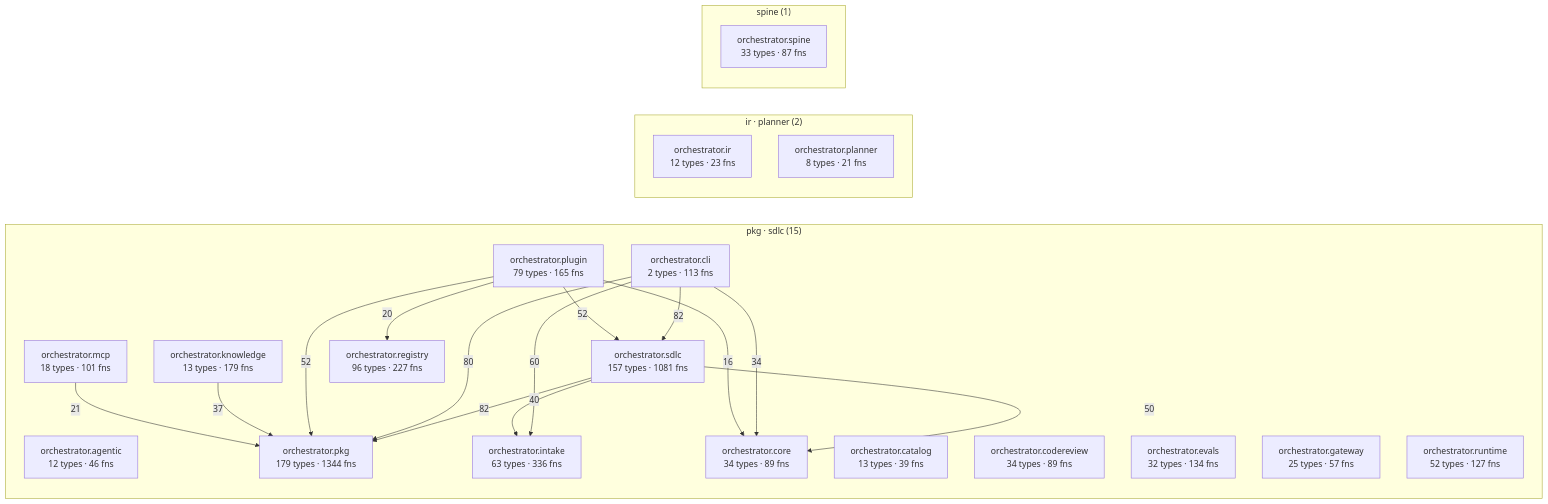
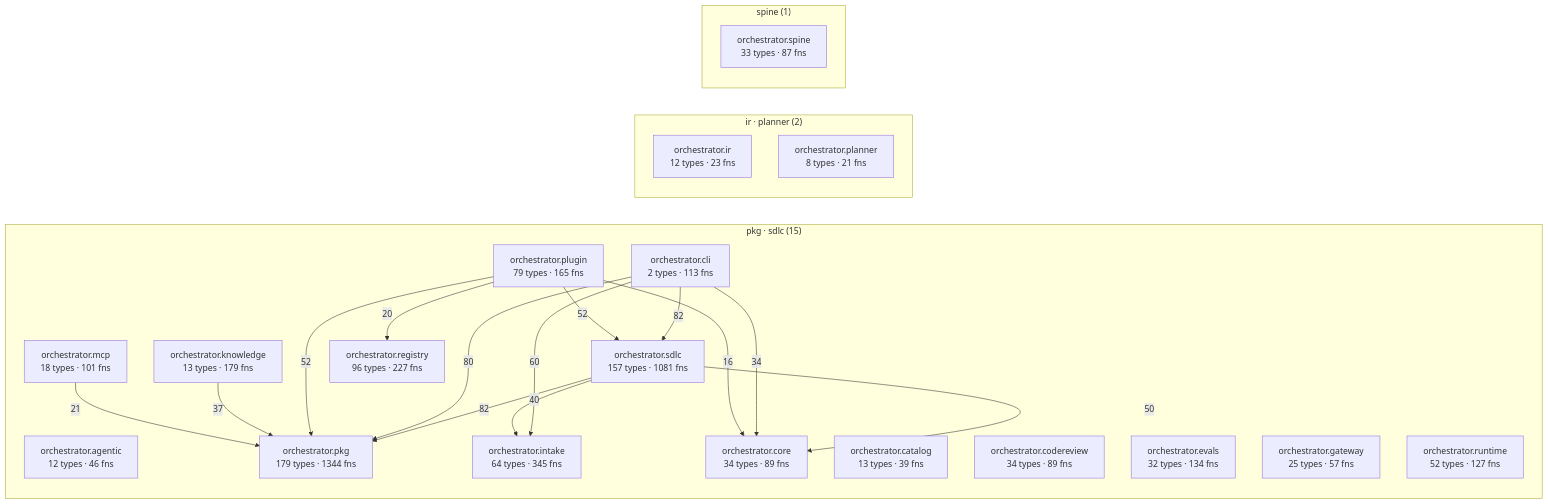
Before and after one commit to synaptixs/spine: the diagram in episteme/architecture.md, drawn with Mermaid. The commit also changed other lines of this file and 31 other files, not shown here.

````diff
--- a/episteme/architecture.md
+++ b/episteme/architecture.md
@@ -56,40 +56,40 @@
 ```mermaid
 flowchart LR
   subgraph c_2["pkg · sdlc (15)"]
     aorchestratoragentic["orchestrator.agentic<br/>12 types · 46 fns"]
     aorchestratorcatalog["orchestrator.catalog<br/>13 types · 39 fns"]
     aorchestratorcli["orchestrator.cli<br/>2 types · 113 fns"]
     aorchestratorcodereview["orchestrator.codereview<br/>34 types · 89 fns"]
     aorchestratorcore["orchestrator.core<br/>34 types · 89 fns"]
     aorchestratorevals["orchestrator.evals<br/>32 types · 134 fns"]
     aorchestratorgateway["orchestrator.gateway<br/>25 types · 57 fns"]
-    aorchestratorintake["orchestrator.intake<br/>63 types · 336 fns"]
+    aorchestratorintake["orchestrator.intake<br/>64 types · 345 fns"]
     aorchestratorknowledge["orchestrator.knowledge<br/>13 types · 179 fns"]
     aorchestratormcp["orchestrator.mcp<br/>18 types · 101 fns"]
     aorchestratorpkg["orchestrator.pkg<br/>179 types · 1344 fns"]
     aorchestratorplugin["orchestrator.plugin<br/>79 types · 165 fns"]
     aorchestratorregistry["orchestrator.registry<br/>96 types · 227 fns"]
     aorchestratorruntime["orchestrator.runtime<br/>52 types · 127 fns"]
     aorchestratorsdlc["orchestrator.sdlc<br/>157 types · 1081 fns"]
   end
   subgraph c_5["ir · planner (2)"]
     aorchestratorir["orchestrator.ir<br/>12 types · 23 fns"]
     aorchestratorplanner["orchestrator.planner<br/>8 types · 21 fns"]
   end
   subgraph c_10["spine (1)"]
     aorchestratorspine["orchestrator.spine<br/>33 types · 87 fns"]
   end
   aorchestratorcli -->|82| aorchestratorsdlc
   aorchestratorsdlc -->|82| aorchestratorpkg
   aorchestratorcli -->|80| aorchestratorpkg
   aorchestratorcli -->|60| aorchestratorintake
   aorchestratorplugin -->|52| aorchestratorpkg
   aorchestratorplugin -->|52| aorchestratorsdlc
   aorchestratorsdlc -->|50| aorchestratorcore
   aorchestratorsdlc -->|40| aorchestratorintake
   aorchestratorknowledge -->|37| aorchestratorpkg
   aorchestratorcli -->|34| aorchestratorcore
   aorchestratormcp -->|21| aorchestratorpkg
   aorchestratorplugin -->|20| aorchestratorregistry
   aorchestratorplugin -->|16| aorchestratorcore
 ```
````
